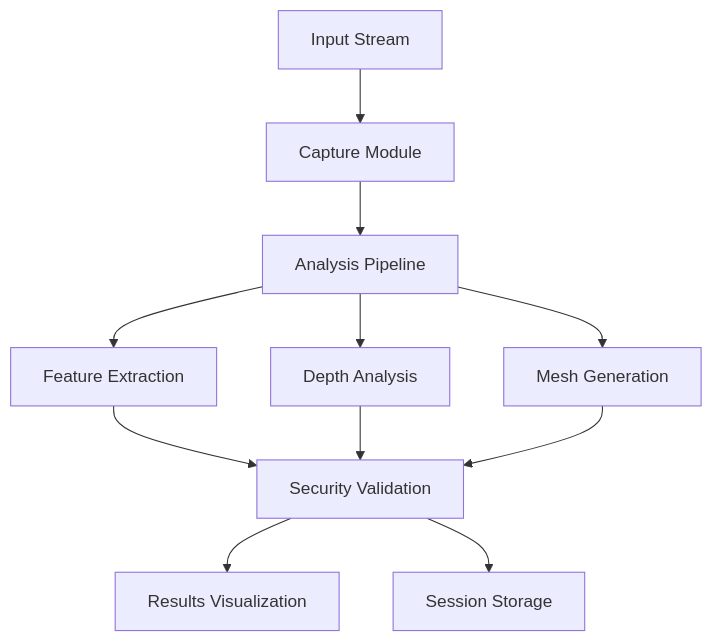
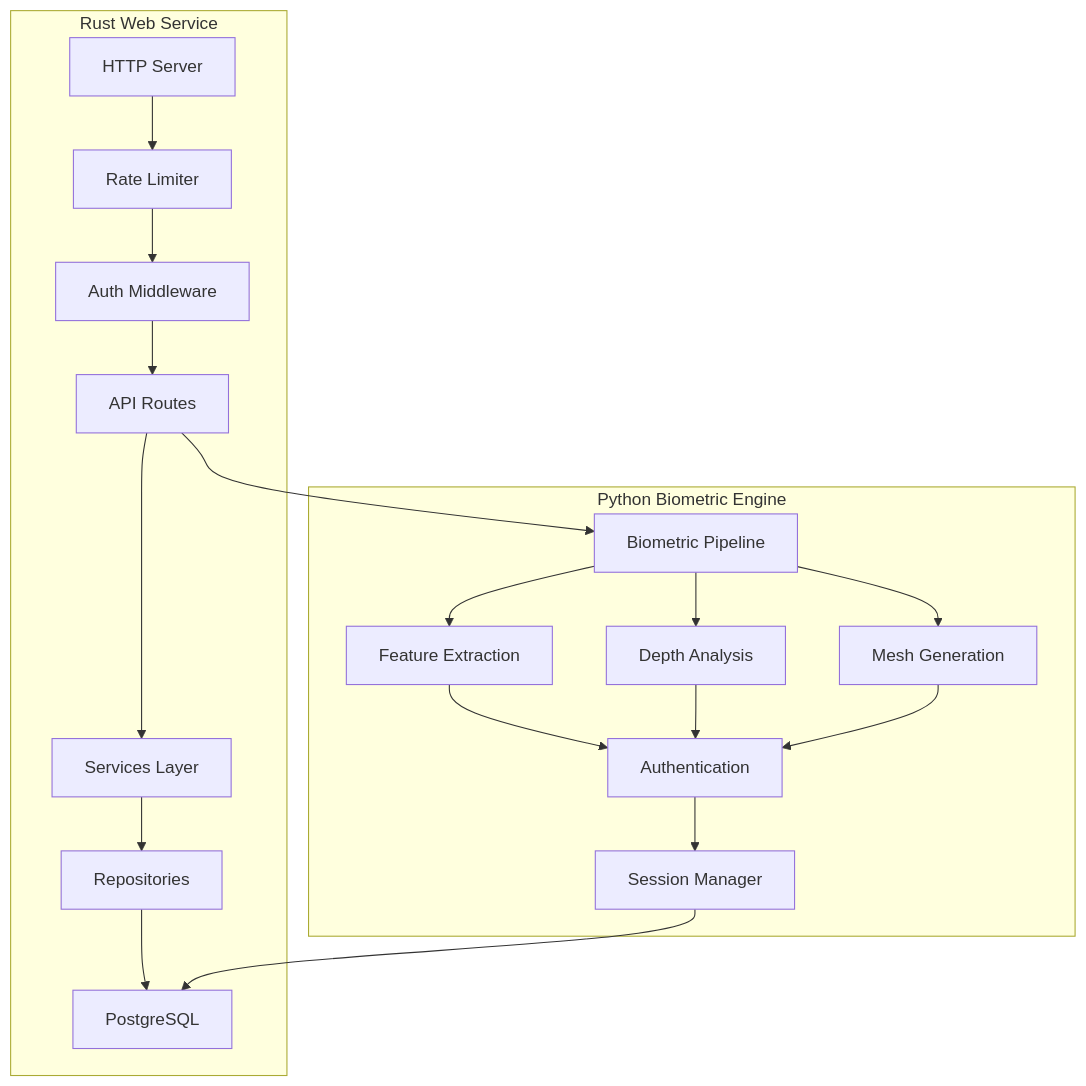
One commit to JtPerez-Acle/secure-biometric changed the first of 2 diagrams in README.md. Above: the diagram before and after it, drawn with Mermaid. The commit also changed other lines of this file and 35 other files, not shown here.

````diff
--- a/README.md
+++ b/README.md
@@ -11,13 +11,22 @@
 ```mermaid
 graph TD
-    A[Input Stream] --> B[Capture Module]
-    B --> C[Analysis Pipeline]
-    C --> D[Feature Extraction]
-    C --> E[Depth Analysis]
-    C --> F[Mesh Generation]
-    D --> G[Security Validation]
-    E --> G
-    F --> G
-    G --> H[Results Visualization]
-    G --> I[Session Storage]
+    subgraph "Rust Web Service"
+        A[HTTP Server] --> B[Rate Limiter]
+        B --> C[Auth Middleware]
+        C --> D[API Routes]
+        D --> E[Services Layer]
+        E --> F[Repositories]
+        F --> G[PostgreSQL]
+    end
+
+    subgraph "Python Biometric Engine"
+        H[Biometric Pipeline] --> I[Feature Extraction]
+        H --> J[Depth Analysis]
+        H --> K[Mesh Generation]
+        I & J & K --> L[Authentication]
+        L --> M[Session Manager]
+    end
+
+    D --> H
+    M --> G
 ```
````
